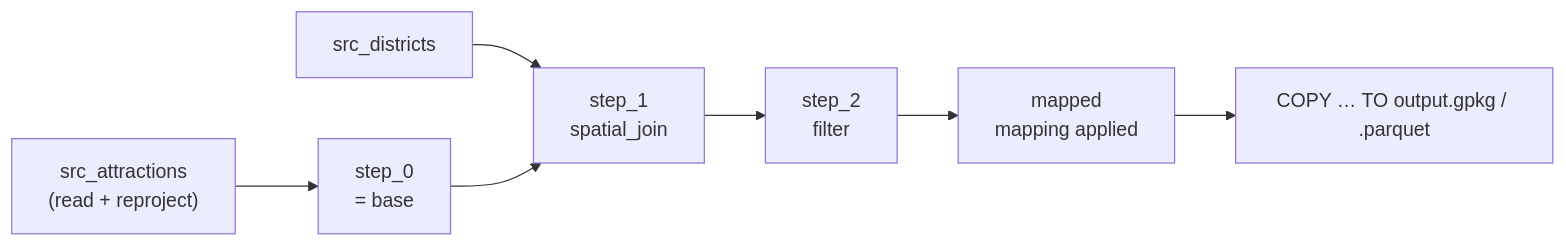
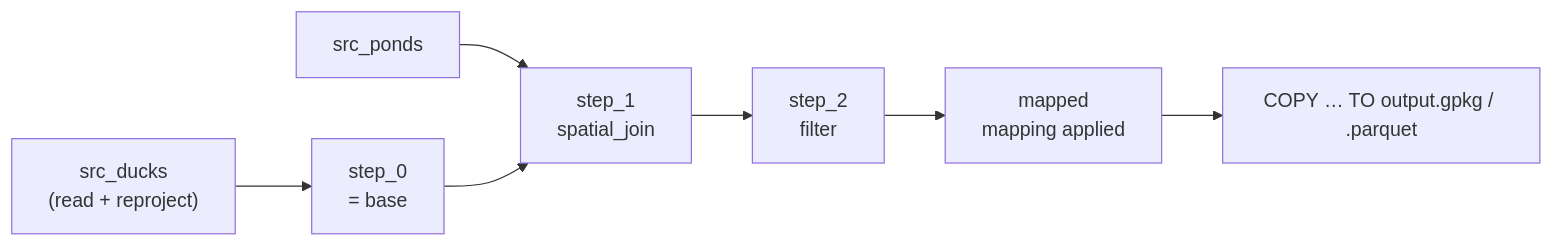
Before and after one commit to henrik716/duck-soup: the second of 2 diagrams in docs/concepts.md, drawn with Mermaid. The commit also changed other lines of this file and 45 other files, not shown here.

````diff
--- a/docs/concepts.md
+++ b/docs/concepts.md
@@ -136,9 +136,9 @@
 ```mermaid
 flowchart LR
-    A["src_attractions<br/>(read + reproject)"] --> S0[step_0<br/>= base]
-    B["src_districts"] --> S1
+    A["src_ducks<br/>(read + reproject)"] --> S0[step_0<br/>= base]
+    B["src_ponds"] --> S1
     S0 --> S1[step_1<br/>spatial_join]
     S1 --> S2[step_2<br/>filter]
     S2 --> M[mapped<br/>mapping applied]
     M --> W["COPY … TO output.gpkg / .parquet"]
 ```
````
